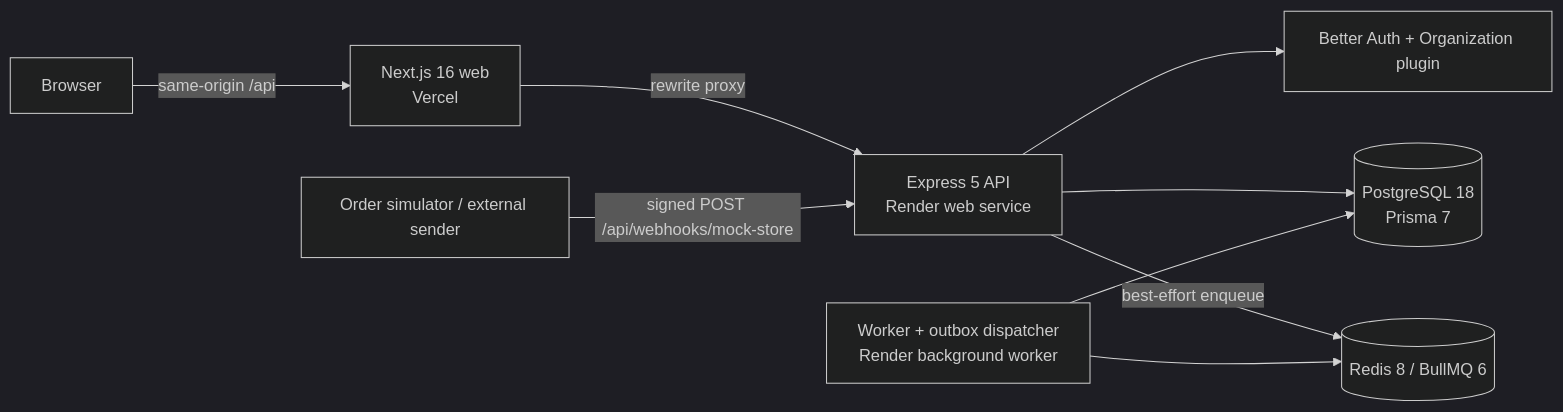
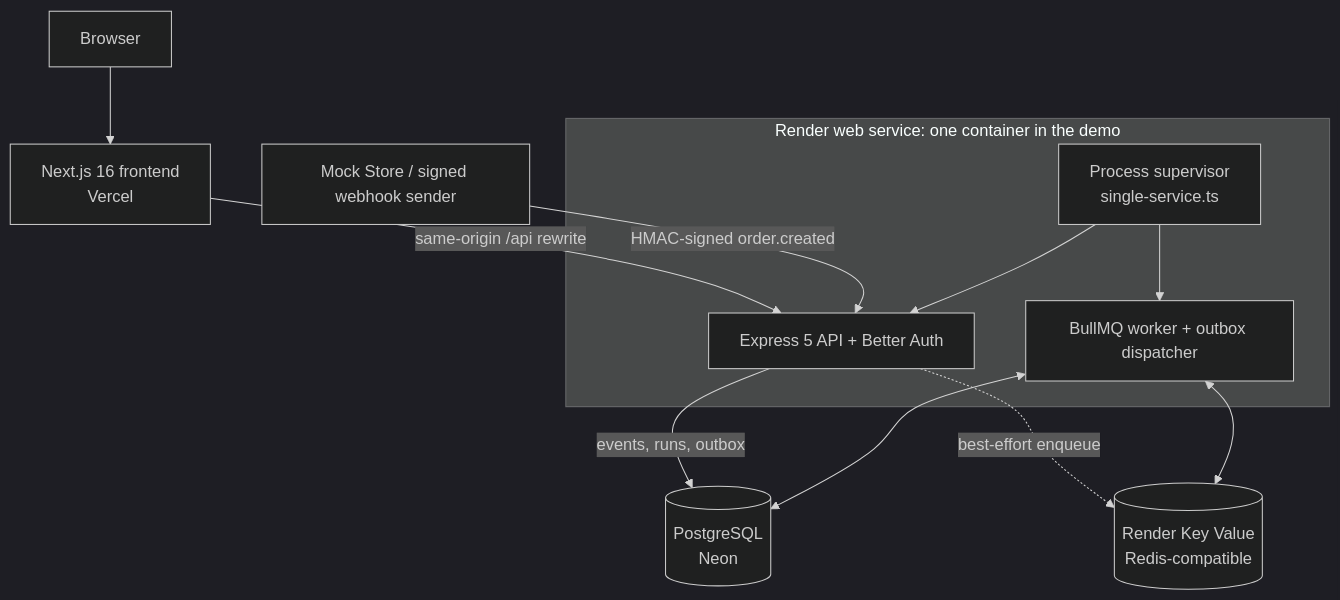
Before and after one commit to shariardipto/Fleqo: the diagram in README.md, drawn with Mermaid (dark theme). The commit also changed other lines of this file and 42 other files, not shown here.

````diff
--- a/README.md
+++ b/README.md
@@ -42,11 +154,16 @@
 ```mermaid
-flowchart LR
-  B[Browser] -->|same-origin /api| W[Next.js 16 web<br/>Vercel]
-  W -->|rewrite proxy| A[Express 5 API<br/>Render web service]
-  A --> AUTH[Better Auth + Organization plugin]
-  A --> P[(PostgreSQL 18<br/>Prisma 7)]
-  A -->|best-effort enqueue| Q[(Redis 8 / BullMQ 6)]
-  WK[Worker + outbox dispatcher<br/>Render background worker] --> Q
-  WK --> P
-  SIM[Order simulator / external sender] -->|signed POST /api/webhooks/mock-store| A
+flowchart TB
+    Visitor[Browser] --> Web[Next.js 16 frontend<br/>Vercel]
+    Web -->|same-origin /api rewrite| API
+    Sender[Mock Store / signed webhook sender] -->|HMAC-signed order.created| API
+
+    subgraph Render[Render web service: one container in the demo]
+      Supervisor[Process supervisor<br/>single-service.ts] --> API[Express 5 API + Better Auth]
+      Supervisor --> Worker[BullMQ worker + outbox dispatcher]
+    end
+
+    API -->|events, runs, outbox| DB[(PostgreSQL<br/>Neon)]
+    API -.->|best-effort enqueue| Queue[(Render Key Value<br/>Redis-compatible)]
+    Worker <--> Queue
+    Worker <--> DB
 ```
````
